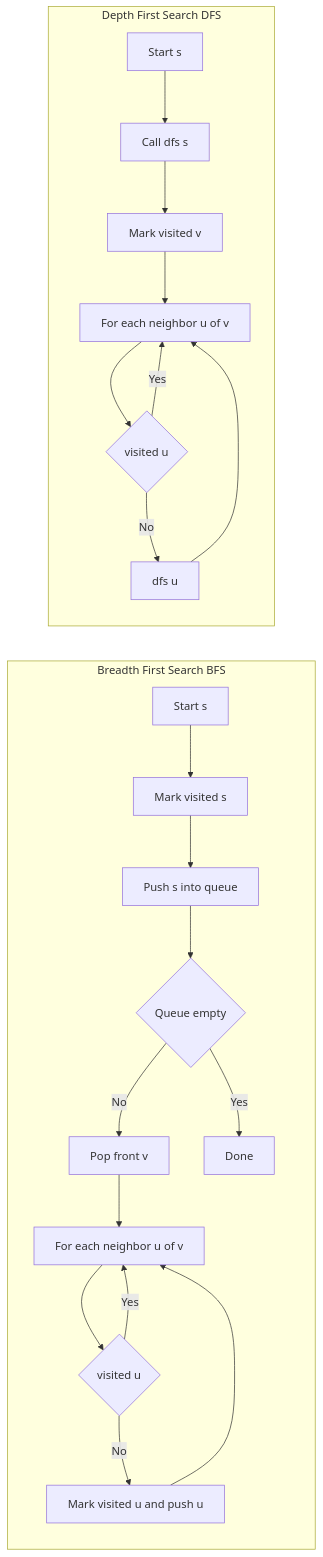
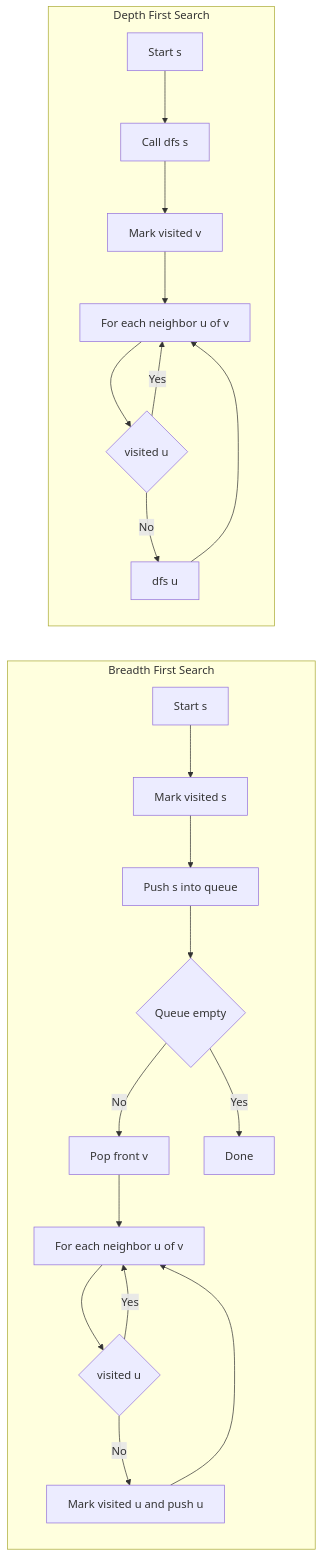
Before and after one commit to grafanaKibana/devbook.zip: the diagram in Vault/Software Engineering/02 Computer Science/Algorithms/Search Algorithms/DFS BFS.md, drawn with Mermaid. The commit also changed other lines of this file and 3 other files, not shown here.

````diff
--- a/Vault/Software Engineering/02 Computer Science/Algorithms/Search Algorithms/DFS BFS.md
+++ b/Vault/Software Engineering/02 Computer Science/Algorithms/Search Algorithms/DFS BFS.md
@@ -34,25 +31,25 @@
 ```mermaid
 graph LR
-  subgraph BFS[Breadth First Search BFS]
+  subgraph BFS[Breadth First Search]
     B0[Start s] --> B1[Mark visited s]
     B1 --> B2[Push s into queue]
     B2 --> B3{Queue empty}
     B3 -->|No| B4[Pop front v]
     B4 --> B5[For each neighbor u of v]
     B5 --> B6{visited u}
     B6 -->|No| B7[Mark visited u and push u]
     B6 -->|Yes| B5
     B7 --> B5
     B3 -->|Yes| B8[Done]
   end
 
-  subgraph DFS[Depth First Search DFS]
+  subgraph DFS[Depth First Search]
     D0[Start s] --> D1[Call dfs s]
     D1 --> D2[Mark visited v]
     D2 --> D3[For each neighbor u of v]
     D3 --> D4{visited u}
     D4 -->|No| D5[dfs u]
     D4 -->|Yes| D3
     D5 --> D3
   end
 ```
````
